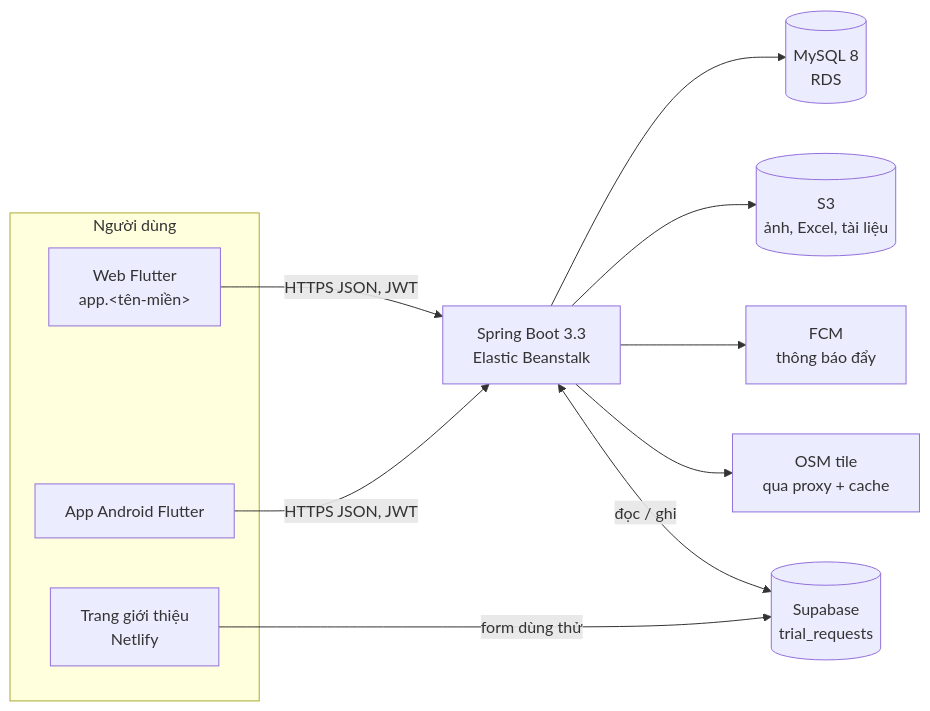
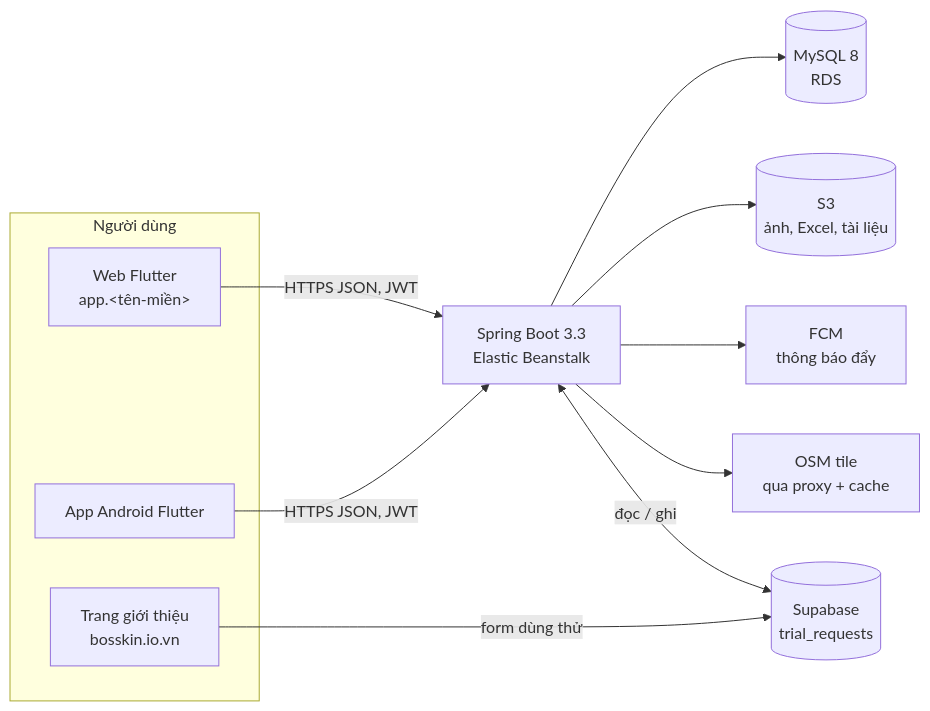
The diagram in docs/he-thong/kien-truc.md (BK54anktran/bosskin), drawn with Mermaid before and after one commit. The commit also changed 5 other files, not shown here.

Commit message:
Đồng bộ tên miền bosskin.io.vn: og:url / canonical / og:image tuyệt đối, bỏ chữ Netlify trong chú thích và tài liệu

````diff
--- a/docs/he-thong/kien-truc.md
+++ b/docs/he-thong/kien-truc.md
@@ -5,15 +5,15 @@
 ```mermaid
 flowchart LR
   subgraph Người dùng
     W[Web Flutter<br/>app.&lt;tên-miền&gt;] 
     A[App Android Flutter]
-    L[Trang giới thiệu<br/>Netlify]
+    L[Trang giới thiệu<br/>bosskin.io.vn]
   end
   W & A -->|HTTPS JSON, JWT| B[Spring Boot 3.3<br/>Elastic Beanstalk]
   L -->|form dùng thử| S[(Supabase<br/>trial_requests)]
   B --> D[(MySQL 8<br/>RDS)]
   B --> F[(S3<br/>ảnh, Excel, tài liệu)]
   B --> P[FCM<br/>thông báo đẩy]
   B --> O[OSM tile<br/>qua proxy + cache]
   B <-->|đọc / ghi| S
 ```
````
